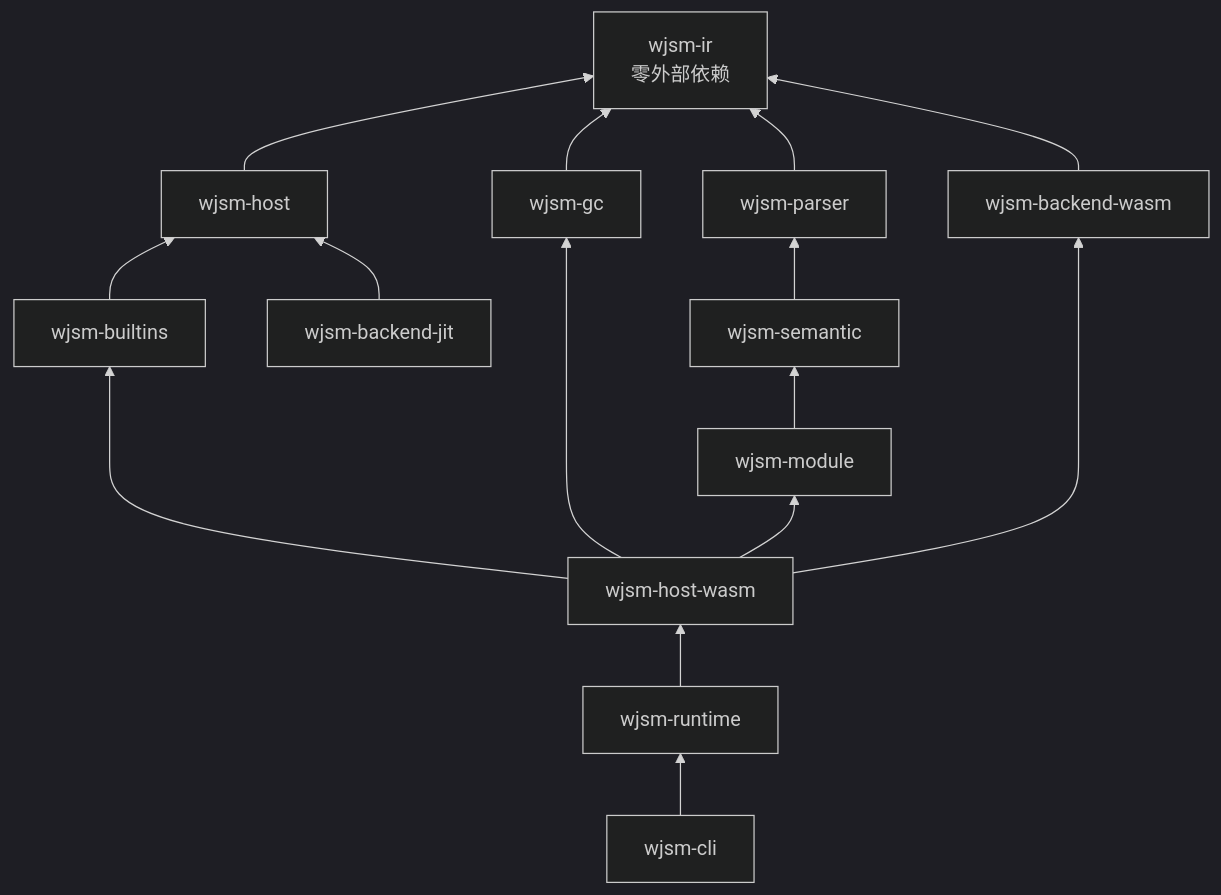
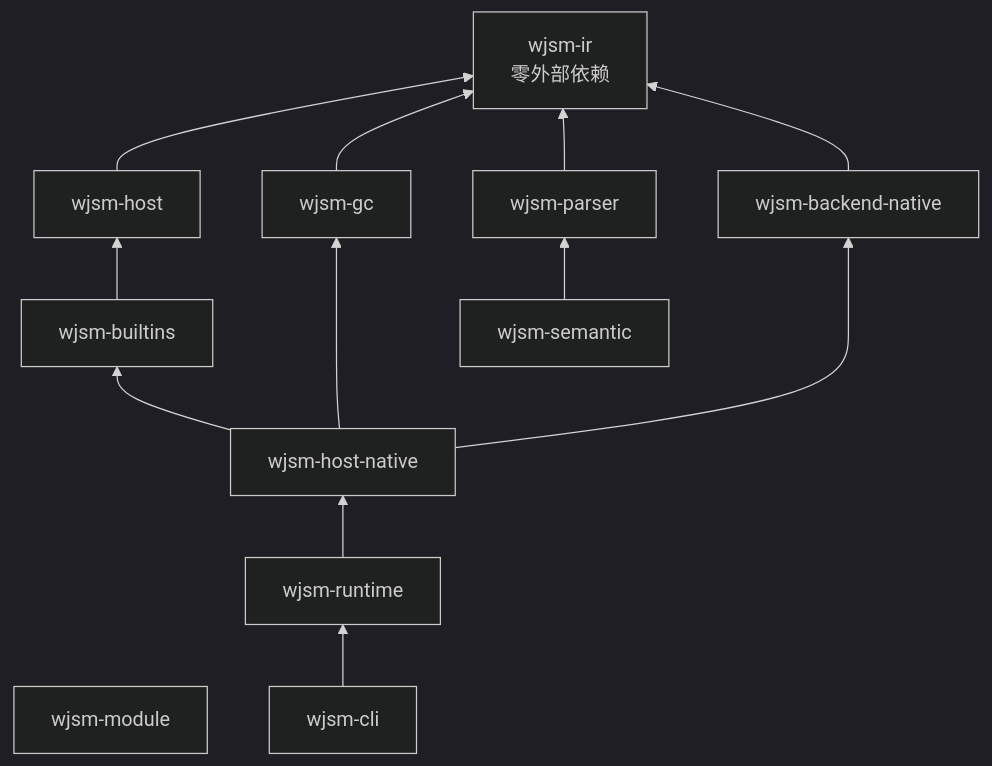
Before and after one commit to juzi5201314/wjsm: the diagram in docs/book/src/internals/foundations/ownership-and-dependencies.md, drawn with Mermaid (dark theme). The commit also changed other lines of this file and 109 other files, not shown here.

First line of the commit message:
docs: retire Wasm backend documentation and update to native

````diff
--- a/docs/book/src/internals/foundations/ownership-and-dependencies.md
+++ b/docs/book/src/internals/foundations/ownership-and-dependencies.md
@@ -7,30 +7,26 @@
 ```mermaid
 graph BT
     IR["wjsm-ir<br/>零外部依赖"]
     HOST["wjsm-host"]
     GC["wjsm-gc"]
     BUILTINS["wjsm-builtins"]
     PARSER["wjsm-parser"]
     SEMANTIC["wjsm-semantic"]
     MODULE["wjsm-module"]
-    BW["wjsm-backend-wasm"]
-    BJ["wjsm-backend-jit"]
-    HW["wjsm-host-wasm"]
+    BN["wjsm-backend-native"]
+    HN["wjsm-host-native"]
     RT["wjsm-runtime"]
     CLI["wjsm-cli"]
 
     HOST --> IR
     GC --> IR
     BUILTINS --> HOST
     PARSER --> IR
     SEMANTIC --> PARSER
-    MODULE --> SEMANTIC
-    BW --> IR
-    BJ --> HOST
-    HW --> BUILTINS
-    HW --> GC
-    HW --> BW
-    HW --> MODULE
-    RT --> HW
+    BN --> IR
+    HN --> BUILTINS
+    HN --> GC
+    HN --> BN
+    RT --> HN
     CLI --> RT
 ```
````
